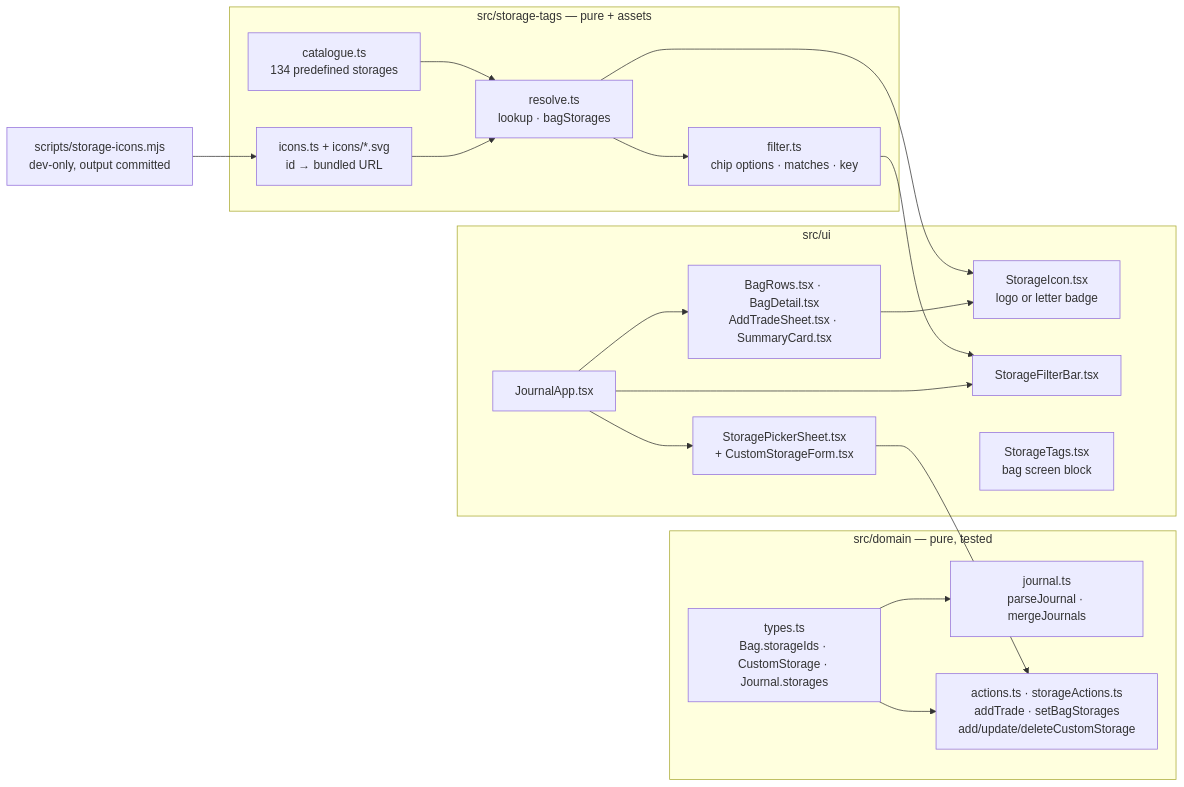
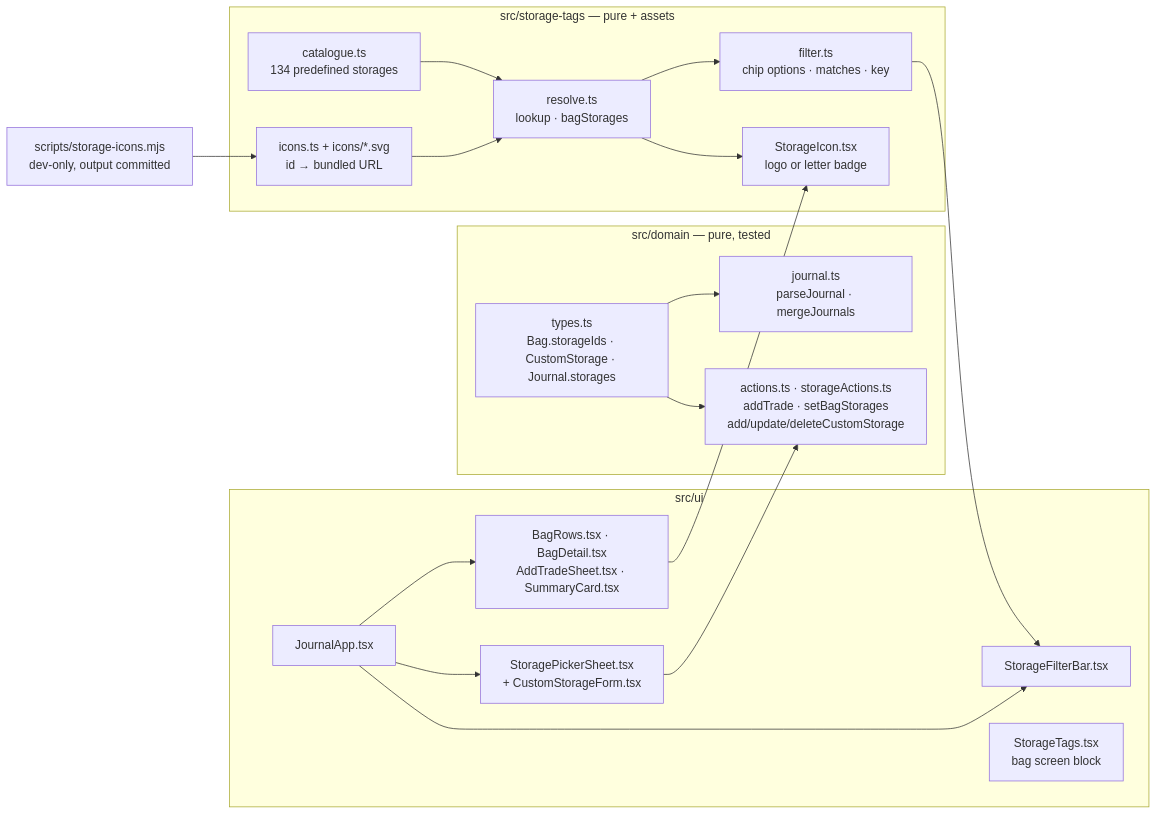
One commit to stanislavSav/trade-journal changed the second of 4 diagrams in docs/storage-tags/plan.md. Above: the diagram before and after it, drawn with Mermaid. The commit also changed other lines of this file and 158 other files, not shown here.

First line of the commit message:
Storage tags: catalogue of 134 storages and bundled logo tiles

````diff
--- a/docs/storage-tags/plan.md
+++ b/docs/storage-tags/plan.md
@@ -263,30 +263,30 @@
 ```mermaid
 flowchart LR
   subgraph domain [src/domain — pure, tested]
     T[types.ts<br/>Bag.storageIds · CustomStorage · Journal.storages]
     J[journal.ts<br/>parseJournal · mergeJournals]
     A[actions.ts · storageActions.ts<br/>addTrade · setBagStorages<br/>add/update/deleteCustomStorage]
   end
   subgraph tags [src/storage-tags — pure + assets]
     CAT[catalogue.ts<br/>134 predefined storages]
     IC[icons.ts + icons/*.svg<br/>id → bundled URL]
     RES[resolve.ts<br/>lookup · bagStorages]
     FIL[filter.ts<br/>chip options · matches · key]
+    SI[StorageIcon.tsx<br/>logo or letter badge]
   end
   subgraph ui [src/ui]
-    SI[StorageIcon.tsx<br/>logo or letter badge]
     FB[StorageFilterBar.tsx]
     PK[StoragePickerSheet.tsx<br/>+ CustomStorageForm.tsx]
     ST[StorageTags.tsx<br/>bag screen block]
     JA[JournalApp.tsx]
     BR[BagRows.tsx · BagDetail.tsx<br/>AddTradeSheet.tsx · SummaryCard.tsx]
   end
   S[scripts/storage-icons.mjs<br/>dev-only, output committed] --> IC
   T --> J & A
   CAT & IC --> RES --> FIL
   RES --> SI
   FIL --> FB
   JA --> FB & PK & BR
   BR --> SI
   PK --> A
 ```
````
